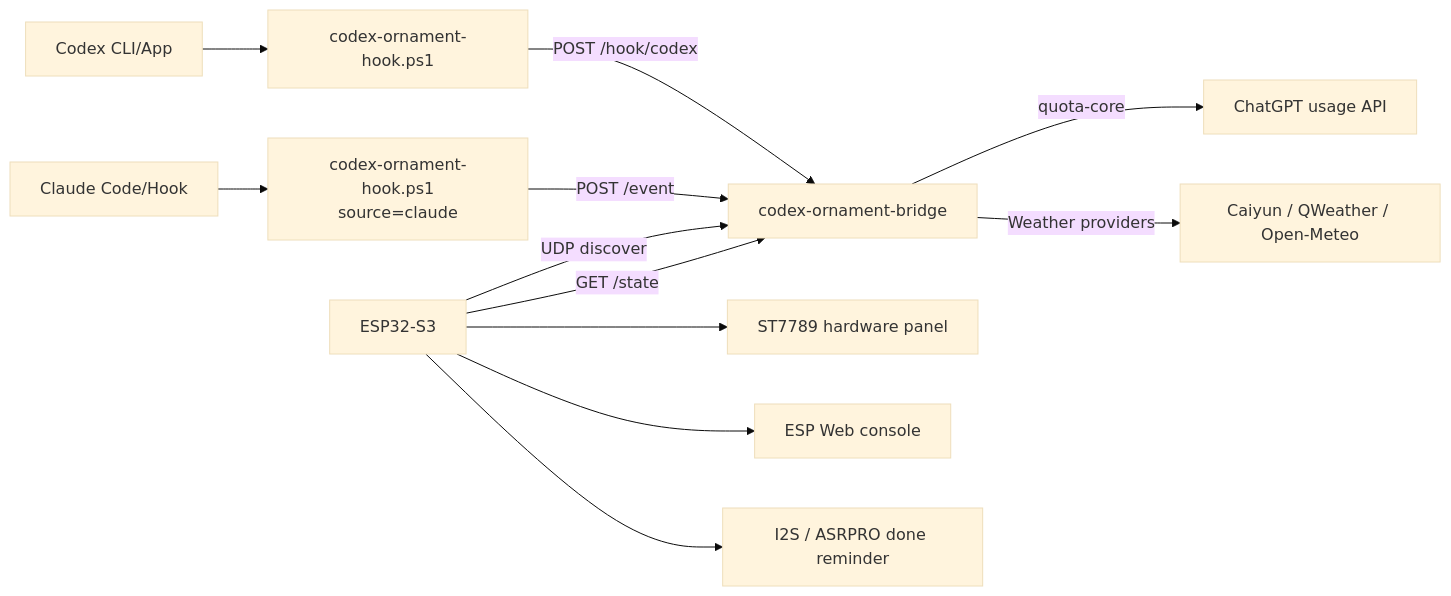
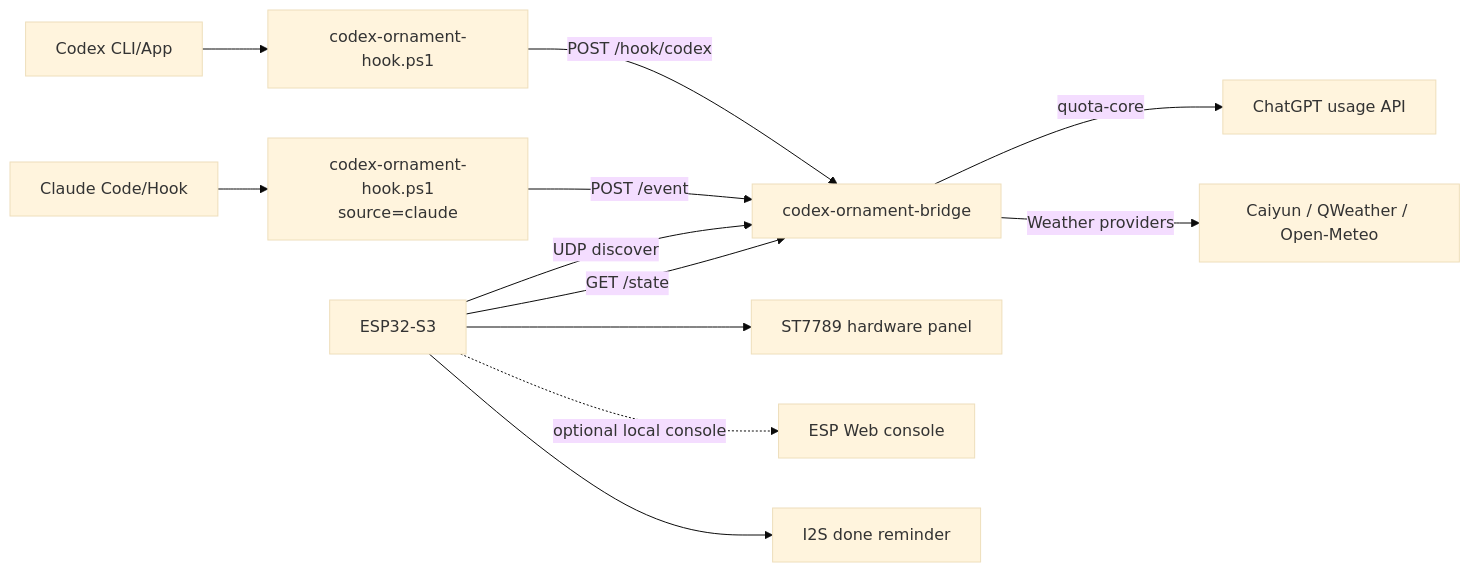
One commit to linyuww/esp32-ornament changed the diagram in README.md. Above: the diagram before and after it, drawn with Mermaid (base theme). The commit also changed other lines of this file and 34 other files, not shown here.

````diff
--- a/README.md
+++ b/README.md
@@ -26,14 +30,14 @@
 ```mermaid
 flowchart LR
   Codex["Codex CLI/App"] --> CodexHook["codex-ornament-hook.ps1"]
   Claude["Claude Code/Hook"] --> ClaudeHook["codex-ornament-hook.ps1<br/>source=claude"]
   CodexHook -->|"POST /hook/codex"| Bridge["codex-ornament-bridge"]
   ClaudeHook -->|"POST /event"| Bridge
   Bridge -->|"quota-core"| Usage["ChatGPT usage API"]
   Bridge -->|"Weather providers"| Weather["Caiyun / QWeather / Open-Meteo"]
   ESP["ESP32-S3"] -->|"UDP discover"| Bridge
   ESP -->|"GET /state"| Bridge
   ESP --> Display["ST7789 hardware panel"]
-  ESP --> Web["ESP Web console"]
-  ESP --> Audio["I2S / ASRPRO done reminder"]
+  ESP -. "optional local console" .-> Web["ESP Web console"]
+  ESP --> Audio["I2S done reminder"]
 ```
````
